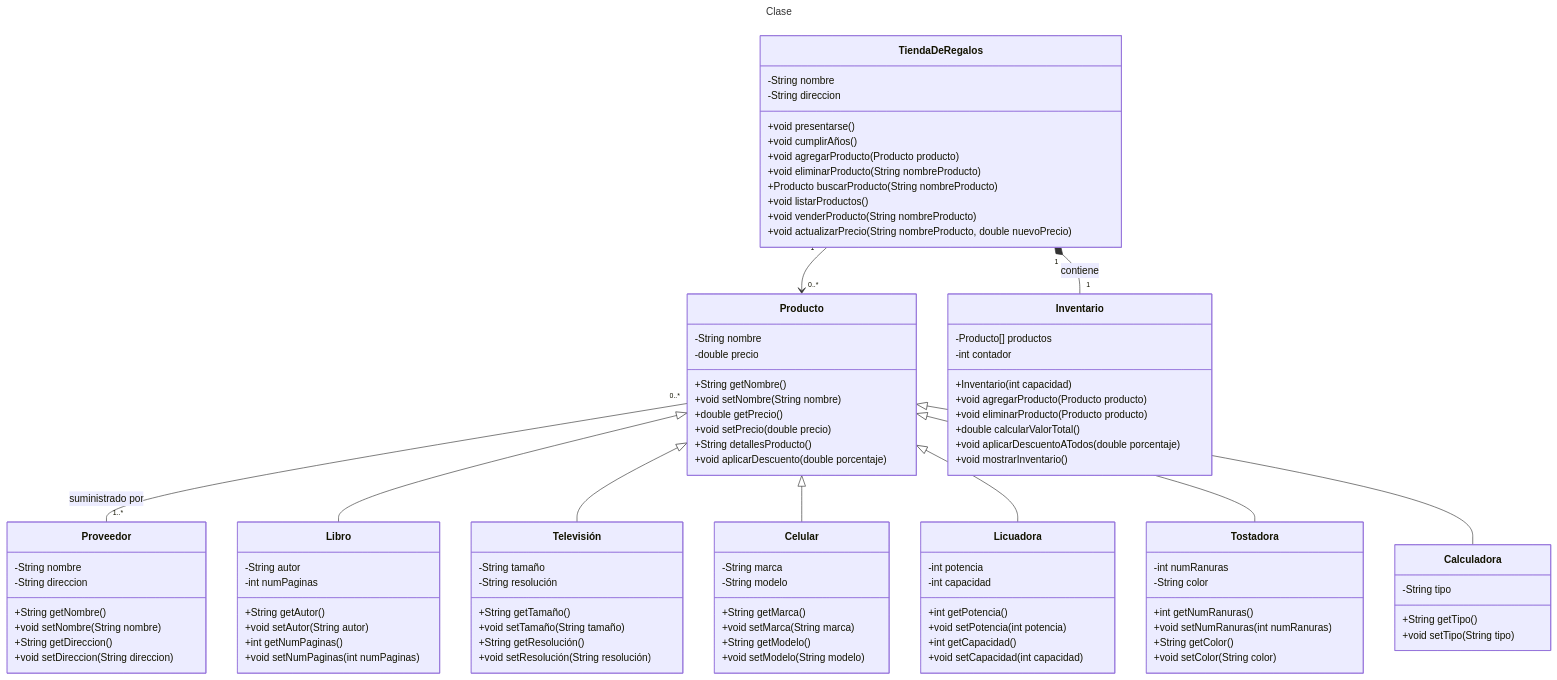
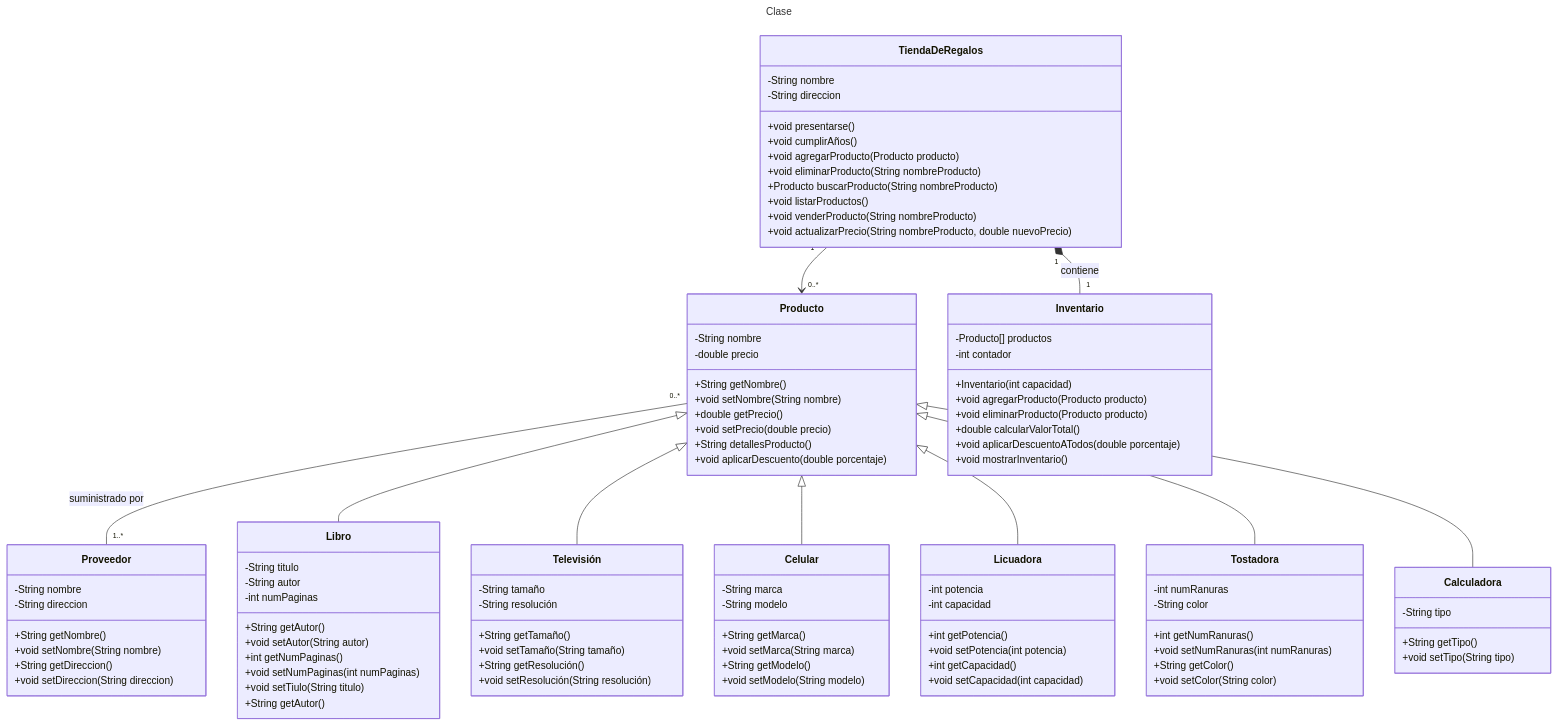
The diagram in README.md (AED1286-POO-GD-AD24/GHUB.java.AD24.tiendaRegalos-LourdesArmenta-solucion), drawn with Mermaid before and after one commit. The commit also changed other lines of this file and 28 other files, not shown here.

```diff
--- a/README.md
+++ b/README.md
@@ -109,12 +155,15 @@
     }
 
     class Libro {
+        -String titulo
         -String autor
         -int numPaginas
         +String getAutor()
         +void setAutor(String autor)
         +int getNumPaginas()
         +void setNumPaginas(int numPaginas)
+        +void setTiulo(String titulo)
+        +String getAutor()
     }
 
     class Televisión {
```
